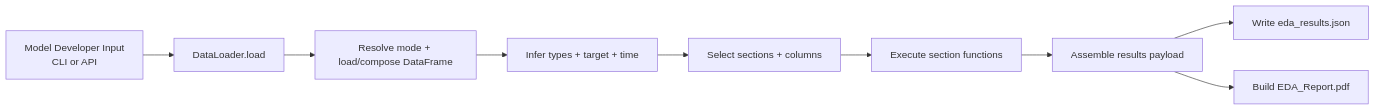
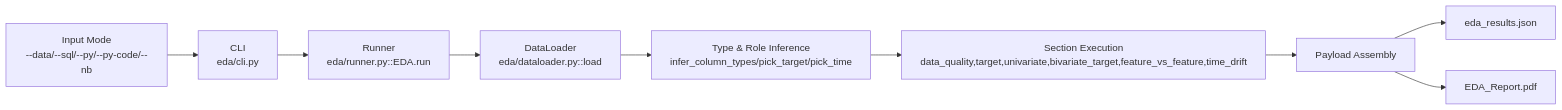
Before and after one commit to FeliciaLiuLiu/model_agent_ai_agent: the diagram in notebooklm_sources/02_eda_pipeline.md, drawn with Mermaid. The commit also changed other lines of this file and 8 other files, not shown here.

Commit message:
Update NotebookLM sources for EDA and EDA Spark developer deck

````diff
--- a/notebooklm_sources/02_eda_pipeline.md
+++ b/notebooklm_sources/02_eda_pipeline.md
@@ -27,12 +5,11 @@
 ```mermaid
 flowchart LR
-  A[Model Developer Input
-CLI or API] --> B[DataLoader.load]
-  B --> C[Resolve mode + load/compose DataFrame]
-  C --> D[Infer types + target + time]
-  D --> E[Select sections + columns]
-  E --> F[Execute section functions]
-  F --> G[Assemble results payload]
-  G --> H[Write eda_results.json]
-  G --> I[Build EDA_Report.pdf]
+  A[Input Mode\n--data/--sql/--py/--py-code/--nb] --> B[CLI\neda/cli.py]
+  B --> C[Runner\neda/runner.py::EDA.run]
+  C --> D[DataLoader\neda/dataloader.py::load]
+  D --> E[Type & Role Inference\ninfer_column_types/pick_target/pick_time]
+  E --> F[Section Execution\ndata_quality,target,univariate,bivariate_target,feature_vs_feature,time_drift]
+  F --> G[Payload Assembly]
+  G --> H[eda_results.json]
+  G --> I[EDA_Report.pdf]
 ```
````
